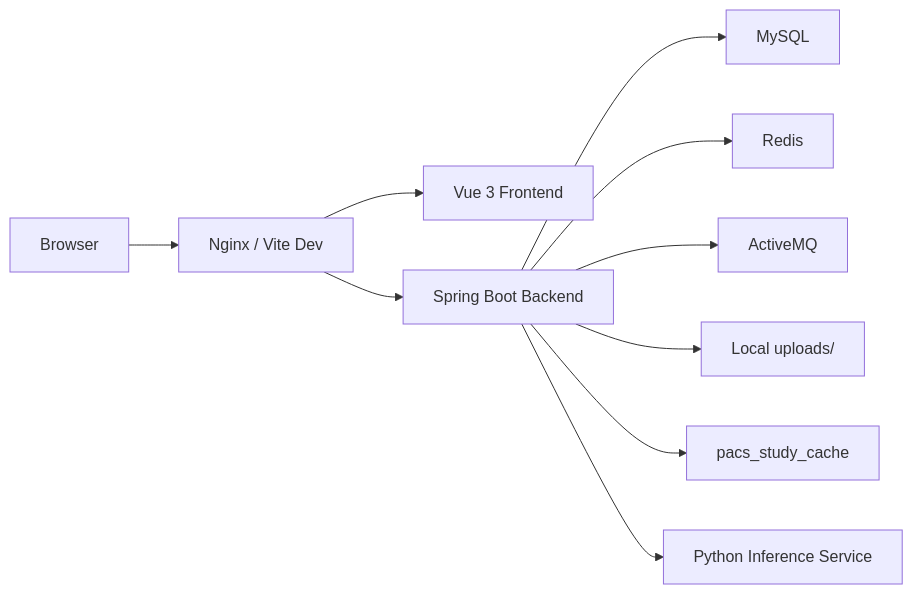
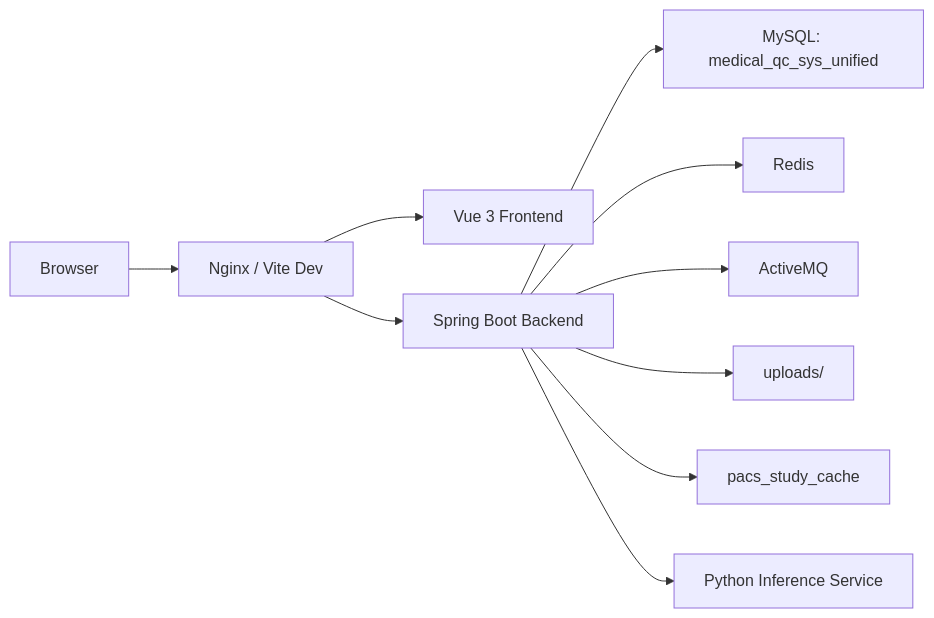
The diagram in docs/project-documentation.md (X-yhhh/Medical-qc-SpringBoot), drawn with Mermaid before and after one commit. The commit also changed other lines of this file and 8 other files, not shown here.

````diff
--- a/docs/project-documentation.md
+++ b/docs/project-documentation.md
@@ -18,12 +30,12 @@
 ```mermaid
 flowchart LR
   Browser["Browser"] --> Gateway["Nginx / Vite Dev"]
-  Gateway --> FE["Vue 3 Frontend"]
-  Gateway --> BE["Spring Boot Backend"]
-  BE --> DB["MySQL"]
-  BE --> RD["Redis"]
-  BE --> MQ["ActiveMQ"]
-  BE --> FS["Local uploads/"]
-  BE --> PACS["pacs_study_cache"]
-  BE --> AI["Python Inference Service"]
+  Gateway --> Frontend["Vue 3 Frontend"]
+  Gateway --> Backend["Spring Boot Backend"]
+  Backend --> DB["MySQL: medical_qc_sys_unified"]
+  Backend --> Redis["Redis"]
+  Backend --> MQ["ActiveMQ"]
+  Backend --> FS["uploads/"]
+  Backend --> PACS["pacs_study_cache"]
+  Backend --> AI["Python Inference Service"]
 ```
````
